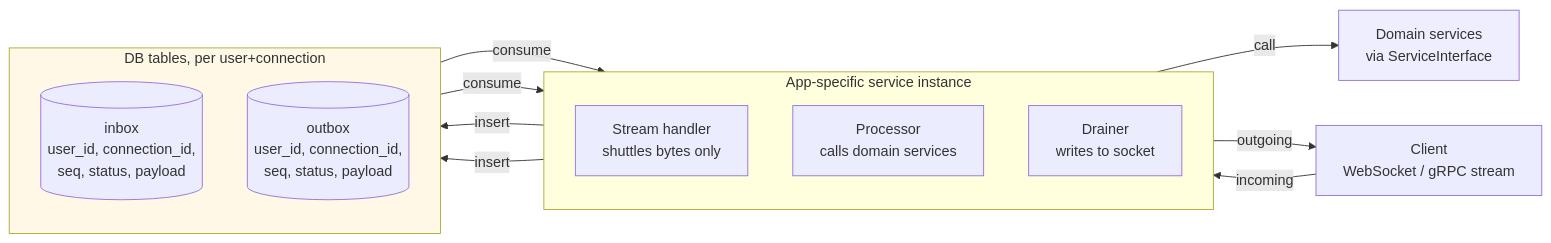
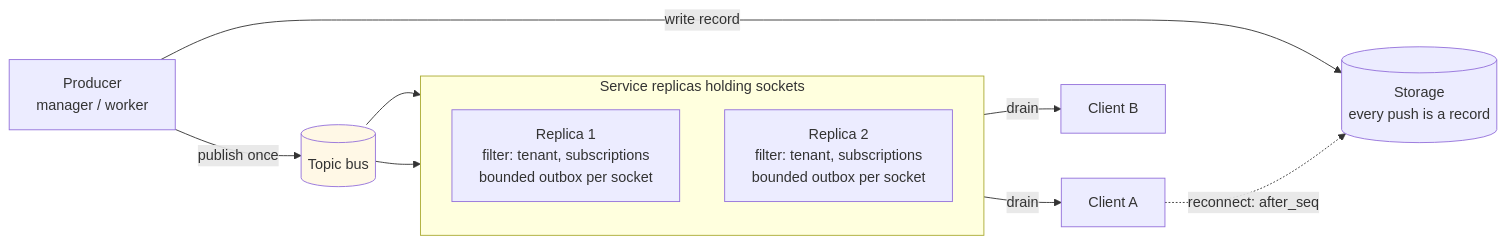
The third of 7 diagrams in architecture.md (Crack525/swe_guidelines), drawn with Mermaid before and after one commit. The commit also changed other lines of this file and 49 other files, not shown here.

````diff
--- a/architecture.md
+++ b/architecture.md
@@ -1183,30 +1625,25 @@
 ``` mermaid
 flowchart LR
-    Client[Client<br/>WebSocket / gRPC stream]
+    Prod[Producer<br/>manager / worker]
+    Bus[(Topic bus)]
 
-    subgraph AppSvc [App-specific service instance]
+    subgraph Replicas [Service replicas holding sockets]
         direction TB
-        StreamH[Stream handler<br/>shuttles bytes only]
-        Proc[Processor<br/>calls domain services]
-        Drain[Drainer<br/>writes to socket]
+        I1[Replica 1<br/>filter: tenant, subscriptions<br/>bounded outbox per socket]
+        I2[Replica 2<br/>filter: tenant, subscriptions<br/>bounded outbox per socket]
     end
 
-    subgraph Tables [DB tables, per user+connection]
-        direction TB
-        Inbox[(inbox<br/>user_id, connection_id,<br/>seq, status, payload)]
-        Outbox[(outbox<br/>user_id, connection_id,<br/>seq, status, payload)]
-    end
+    Sto[(Storage<br/>every push is a record)]
+    UserA[Client A]
+    UserB[Client B]
 
-    Domain[Domain services<br/>via ServiceInterface]
+    Prod -->|write record| Sto
+    Prod -->|publish once| Bus
+    Bus --> I1
+    Bus --> I2
+    I1 -->|drain| UserA
+    I2 -->|drain| UserB
+    UserA -.->|reconnect: after_seq| Sto
 
-    Client -->|incoming| StreamH
-    StreamH -->|insert| Inbox
-    Inbox -->|consume| Proc
-    Proc -->|call| Domain
-    Proc -->|insert| Outbox
-    Outbox -->|consume| Drain
-    Drain -->|outgoing| Client
-
-    style Tables fill:#fff8e6
-    style Domain fill:#eef
+    style Bus fill:#fff8e6
 ```
````
